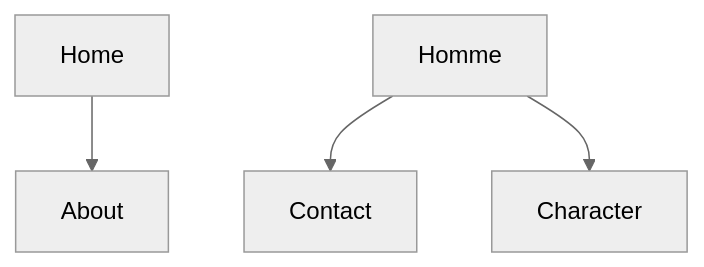
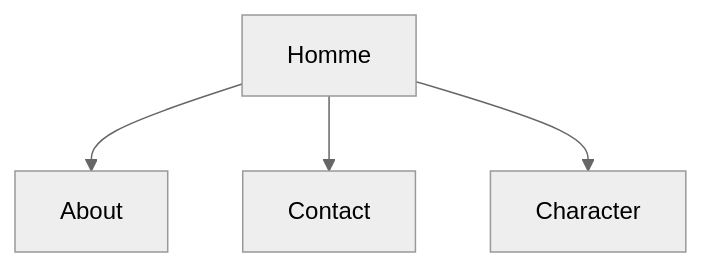
One commit to frouss15/marvel-app changed the diagram in README.md. Above: the diagram before and after it, drawn with Mermaid (neutral theme).

````diff
--- a/README.md
+++ b/README.md
@@ -39,6 +39,6 @@
 ```mermaid
   graph TD;
-    Home-->About;
+    Homme-->About;
     Homme-->Contact;
     Homme-->Character;
 ```
````
